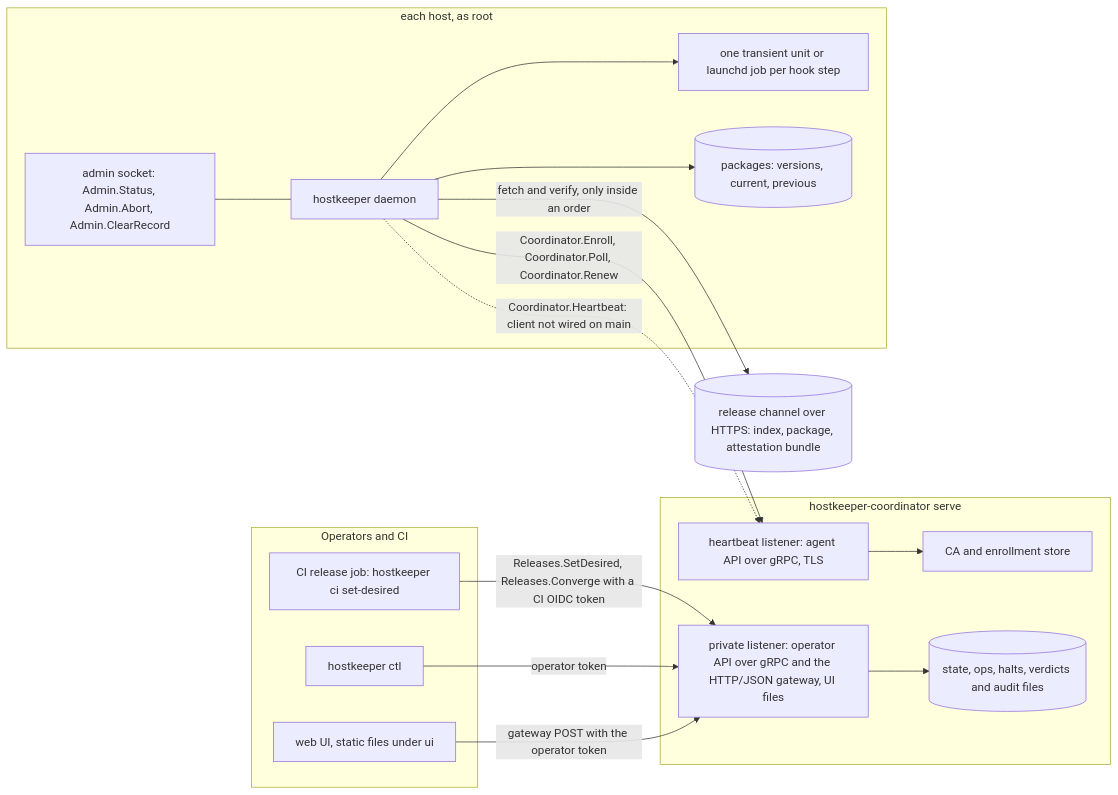
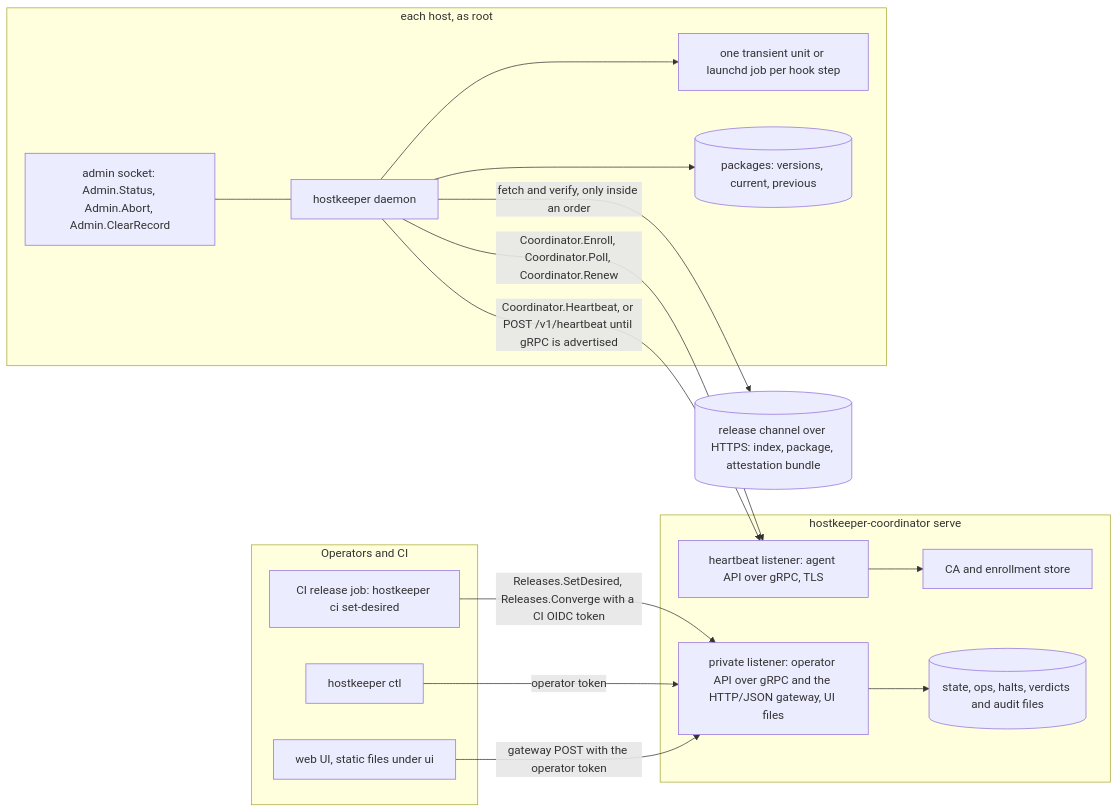
One commit to komira-ai/hostkeeper changed the first of 3 diagrams in docs/report/hostkeeper.md. Above: the diagram before and after it, drawn with Mermaid. The commit also changed other lines of this file and 7 other files, not shown here.

````diff
--- a/docs/report/hostkeeper.md
+++ b/docs/report/hostkeeper.md
@@ -64,32 +64,32 @@
 ```mermaid
 flowchart LR
   subgraph people["Operators and CI"]
     CI["CI release job: hostkeeper ci set-desired"]
     CTL["hostkeeper ctl"]
     UI["web UI, static files under ui"]
   end
   subgraph coordinator["hostkeeper-coordinator serve"]
     PRIV["private listener: operator API over gRPC and the HTTP/JSON gateway, UI files"]
     HB["heartbeat listener: agent API over gRPC, TLS"]
     CA["CA and enrollment store"]
     FILES[("state, ops, halts, verdicts and audit files")]
   end
   subgraph host["each host, as root"]
     D["hostkeeper daemon"]
     ADM["admin socket: Admin.Status, Admin.Abort, Admin.ClearRecord"]
     STEP["one transient unit or launchd job per hook step"]
     PKG[("packages: versions, current, previous")]
   end
   RC[("release channel over HTTPS: index, package, attestation bundle")]
   CI -- "Releases.SetDesired, Releases.Converge with a CI OIDC token" --> PRIV
   CTL -- "operator token" --> PRIV
   UI -- "gateway POST with the operator token" --> PRIV
   PRIV --> FILES
   HB --> CA
   D -- "Coordinator.Enroll, Coordinator.Poll, Coordinator.Renew" --> HB
-  D -. "Coordinator.Heartbeat: client not wired on main" .-> HB
+  D -- "Coordinator.Heartbeat, or POST /v1/heartbeat until gRPC is advertised" --> HB
   D -- "fetch and verify, only inside an order" --> RC
   D --> STEP
   D --> PKG
   ADM --- D
 ```
````
